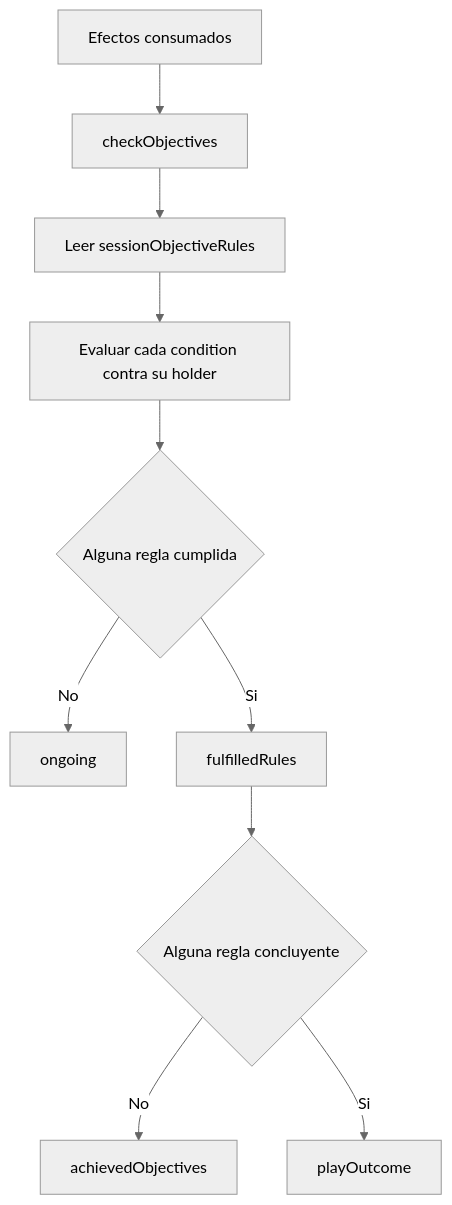
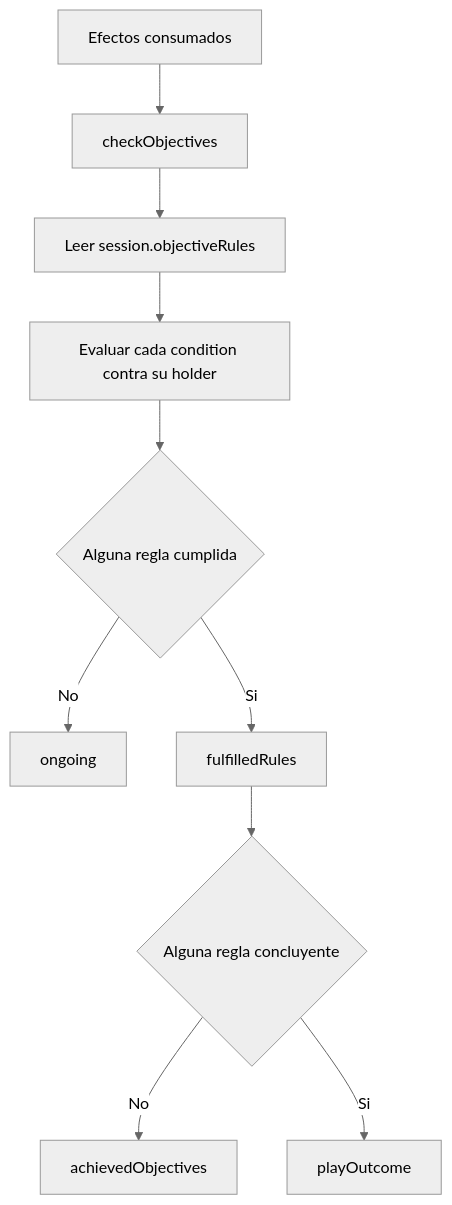
Before and after one commit to juanramonmorandeira/castronegro-director: diagram 11 of 14 in docs/engine_flow_map.md, drawn with Mermaid (neutral theme). The commit also changed other lines of this file and 37 other files, not shown here.

````diff
--- a/docs/engine_flow_map.md
+++ b/docs/engine_flow_map.md
@@ -499,12 +498,12 @@
 ```mermaid
 graph TD
   A[Efectos consumados] --> B[checkObjectives]
-  B --> C[Leer sessionObjectiveRules]
+  B --> C[Leer session.objectiveRules]
   C --> D[Evaluar cada condition contra su holder]
   D --> E{Alguna regla cumplida}
   E -->|No| F[ongoing]
   E -->|Si| G[fulfilledRules]
   G --> H{Alguna regla concluyente}
   H -->|No| I[achievedObjectives]
   H -->|Si| J[playOutcome]
 ```
````
